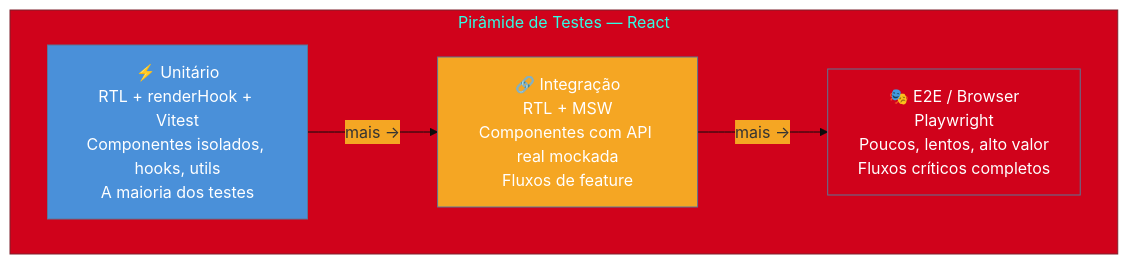
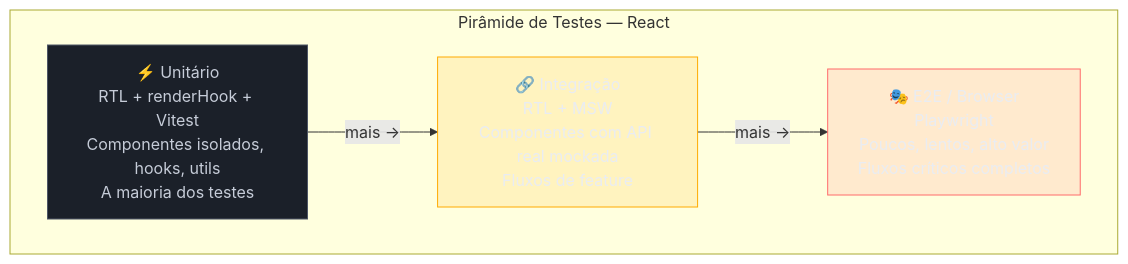
The first of 3 diagrams in 03-Dominios/Tecnologia/React/React core/25 - Testing React.md (josenaldo/codex-technomanticus), drawn with Mermaid before and after one commit. The commit also changed other lines of this file and 1181 other files, not shown here.

First line of the commit message:
fix(diagramas): paleta do sistema no lugar de cor cravada no markdown

````diff
--- a/03-Dominios/Tecnologia/React/React core/25 - Testing React.md
+++ b/03-Dominios/Tecnologia/React/React core/25 - Testing React.md
@@ -55,16 +55,18 @@
 ```mermaid
-%%{init: {"theme": "base", "themeVariables": {"primaryColor": "#4A90D9", "secondaryColor": "#F5A623", "tertiaryColor": "#D0021B"}}}%%
 graph TB
+    classDef neutro fill:#1B2029,stroke:#4E5666,color:#C6CCD8
+    classDef destaque fill:#FFAA0024,stroke:#FFAA00,color:#E9ECF2
+    classDef falha fill:#FF6B6B24,stroke:#FF6B6B,color:#E9ECF2
     subgraph Pirâmide["Pirâmide de Testes — React"]
         E2E["🎭 E2E / Browser\nPlaywright\nPoucos, lentos, alto valor\nFluxos críticos completos"]
         INT["🔗 Integração\nRTL + MSW\nComponentes com API real mockada\nFluxos de feature"]
         UNIT["⚡ Unitário\nRTL + renderHook + Vitest\nComponentes isolados, hooks, utils\nA maioria dos testes"]
     end
 
     UNIT -->|"mais →"| INT
     INT -->|"mais →"| E2E
 
-    style UNIT fill:#4A90D9,color:#fff
-    style INT fill:#F5A623,color:#fff
-    style E2E fill:#D0021B,color:#fff
+    class UNIT neutro
+    class INT destaque
+    class E2E falha
 ```
````
